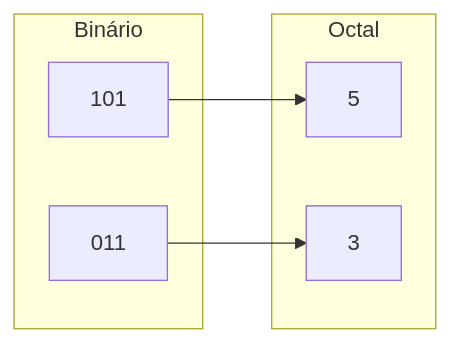
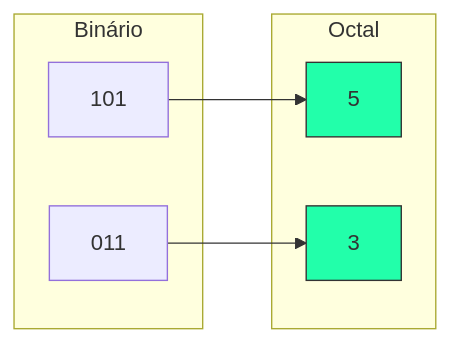
One commit to ricardotecpro/ads_mod_01_fundamentos_da_computacao changed the diagram in docs/aulas/aula-04.md. Above: the diagram before and after it, drawn with Mermaid. The commit also changed other lines of this file and 31 other files, not shown here.

````diff
--- a/docs/aulas/aula-04.md
+++ b/docs/aulas/aula-04.md
@@ -40,15 +30,17 @@
 ```mermaid
 graph LR
     subgraph Binário
-    B1[101]
-    B2[011]
+    B1["101"]
+    B2["011"]
     end
     
     subgraph Octal
-    O1[5]
-    O2[3]
+    O1["5"]
+    O2["3"]
     end
 
     B1 --> O1
     B2 --> O2
+    style O1 fill:#2fa,stroke:#333
+    style O2 fill:#2fa,stroke:#333
 ```
````
